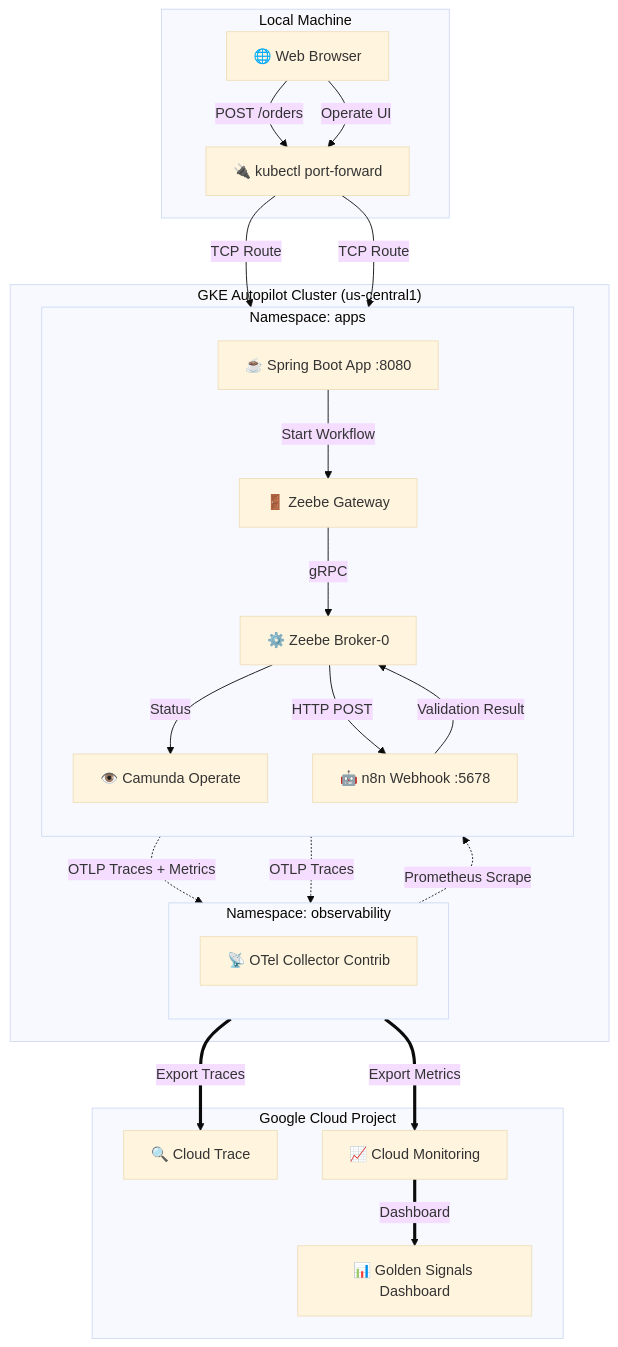
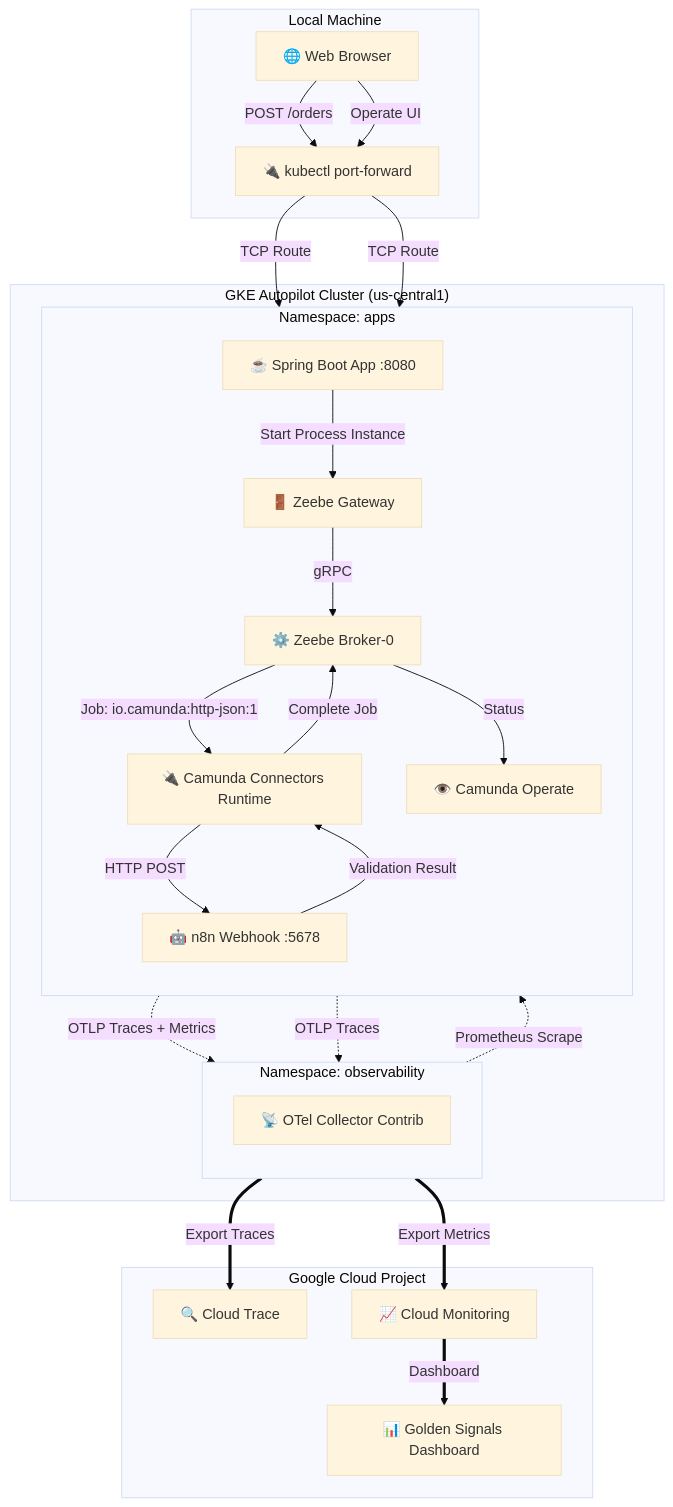
One commit to shawnshekari/hello-observability changed the diagram in README.md. Above: the diagram before and after it, drawn with Mermaid (base theme). The commit also changed other lines of this file and 2 other files, not shown here.

````diff
--- a/README.md
+++ b/README.md
@@ -13,57 +13,60 @@
 ```mermaid
 graph TB
     subgraph Local_Laptop ["Local Machine"]
         Browser["🌐 Web Browser"]
         PortForward["🔌 kubectl port-forward"]
     end
 
     subgraph GKE_Autopilot ["GKE Autopilot Cluster (us-central1)"]
 
         subgraph NS_OBSERVABILITY ["Namespace: observability"]
             direction TB
             OTel["📡 OTel Collector Contrib"]
         end
 
         subgraph NS_APPS ["Namespace: apps"]
             direction TB
             Spring["☕ Spring Boot App :8080"]
             n8n["🤖 n8n Webhook :5678"]
             ZeebeGW["🚪 Zeebe Gateway"]
             ZeebeBroker["⚙️ Zeebe Broker-0"]
+            Connectors["🔌 Camunda Connectors Runtime"]
             Operate["👁️ Camunda Operate"]
 
             %% Workflow Flow
-            Spring -->|"Start Workflow"| ZeebeGW
+            Spring -->|"Start Process Instance"| ZeebeGW
             Spring -.->|"OTLP Traces + Metrics"| OTel
             n8n -.->|"OTLP Traces"| OTel
 
             %% Internal Zeebe Flow
             ZeebeGW -->|"gRPC"| ZeebeBroker
+            ZeebeBroker -->|"Job: io.camunda:http-json:1"| Connectors
             ZeebeBroker -->|"Status"| Operate
         end
 
         %% Telemetry Scrape
         OTel -.->|"Prometheus Scrape"| ZeebeBroker
     end
 
     subgraph GCP ["Google Cloud Project"]
         CloudTrace["🔍 Cloud Trace"]
         CloudMon["📈 Cloud Monitoring"]
         Dashboard["📊 Golden Signals Dashboard"]
     end
 
     %% Workflow Flow
-    ZeebeBroker -->|"HTTP POST"| n8n
-    n8n -->|"Validation Result"| ZeebeBroker
+    Connectors -->|"HTTP POST"| n8n
+    n8n -->|"Validation Result"| Connectors
+    Connectors -->|"Complete Job"| ZeebeBroker
 
     %% User Interaction
     Browser -->|"POST /orders"| PortForward
     PortForward -->|"TCP Route"| Spring
     Browser -->|"Operate UI"| PortForward
     PortForward -->|"TCP Route"| Operate
 
     %% Outbound Telemetry
     OTel ==>|"Export Traces"| CloudTrace
     OTel ==>|"Export Metrics"| CloudMon
     CloudMon ==>|"Dashboard"| Dashboard
 ```
````
